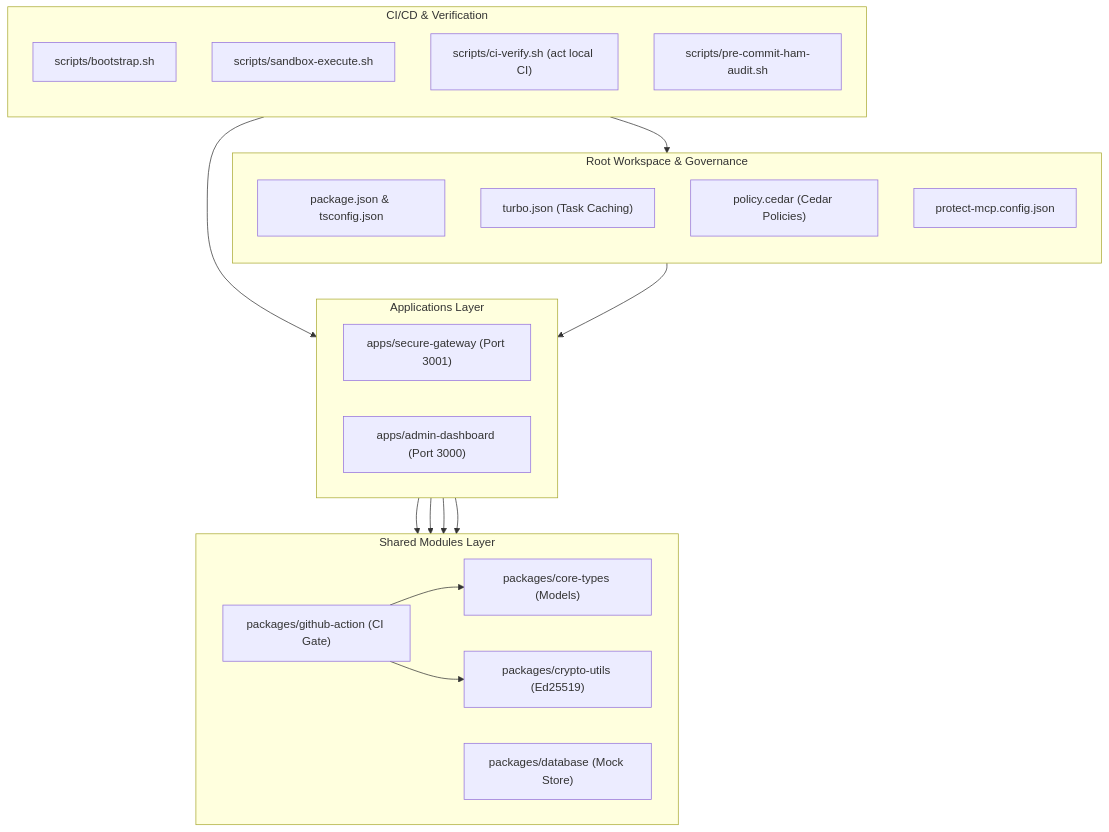
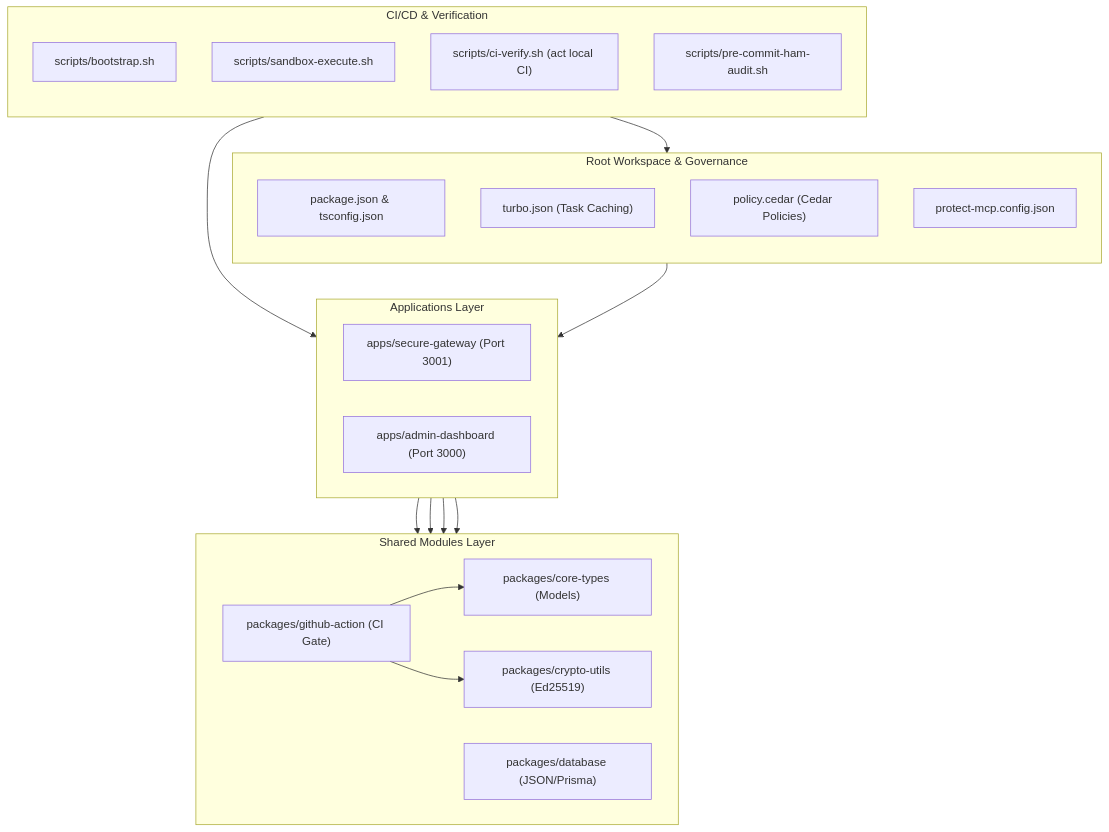
Before and after one commit to SafetyMP/VeritasAudit: the diagram in README.md, drawn with Mermaid. The commit also changed other lines of this file and 8 other files, not shown here.

````diff
--- a/README.md
+++ b/README.md
@@ -37,49 +91,49 @@
 ```mermaid
 graph TD
     %% Root Governance Boundaries
     subgraph Root [Root Workspace & Governance]
         direction TB
         RootConfig["package.json & tsconfig.json"]
         TurboCache["turbo.json (Task Caching)"]
         CedarPolicy["policy.cedar (Cedar Policies)"]
         GatewayConfig["protect-mcp.config.json"]
     end
 
     %% Application Layer
     subgraph Apps [Applications Layer]
         direction LR
         Gateway["apps/secure-gateway (Port 3001)"]
         Dashboard["apps/admin-dashboard (Port 3000)"]
     end
 
     %% Shared Library Layer
     subgraph Packages [Shared Modules Layer]
         direction LR
         Types["packages/core-types (Models)"]
         Crypto["packages/crypto-utils (Ed25519)"]
-        DB["packages/database (Mock Store)"]
+        DB["packages/database (JSON/Prisma)"]
         Action["packages/github-action (CI Gate)"]
     end
 
     %% Sandboxed Verification Pipelines
     subgraph CI [CI/CD & Verification]
         direction TB
         Bootstrap["scripts/bootstrap.sh"]
         Sandbox["scripts/sandbox-execute.sh"]
         CIVerify["scripts/ci-verify.sh (act local CI)"]
         GitHook["scripts/pre-commit-ham-audit.sh"]
     end
 
     %% Dependencies
     Gateway --> Types
     Gateway --> Crypto
     Gateway --> DB
     Dashboard --> Types
     Action --> Crypto
     Action --> Types
 
     %% Flow of Controls
     CedarPolicy --> Gateway
     Sandbox --> Apps
     GitHook --> Root
 ```
````
